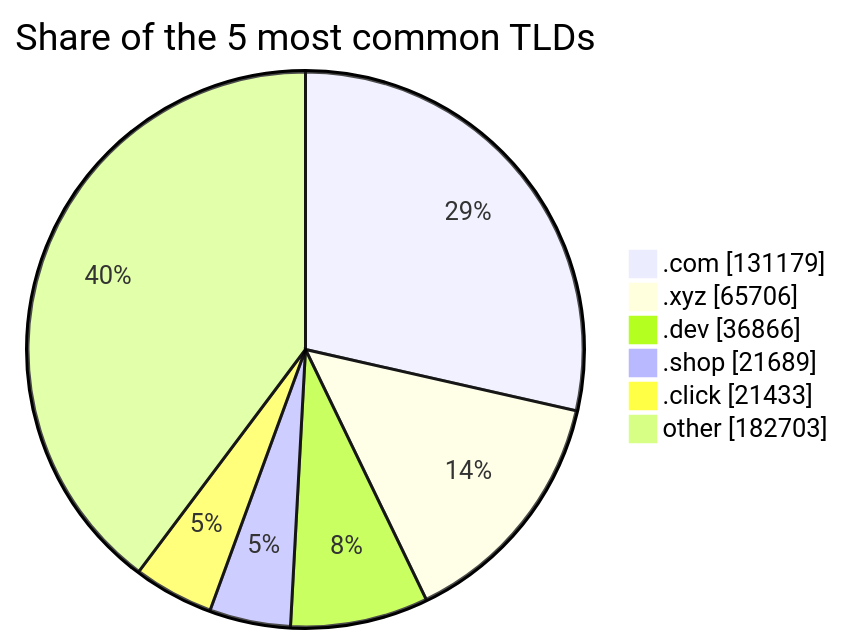
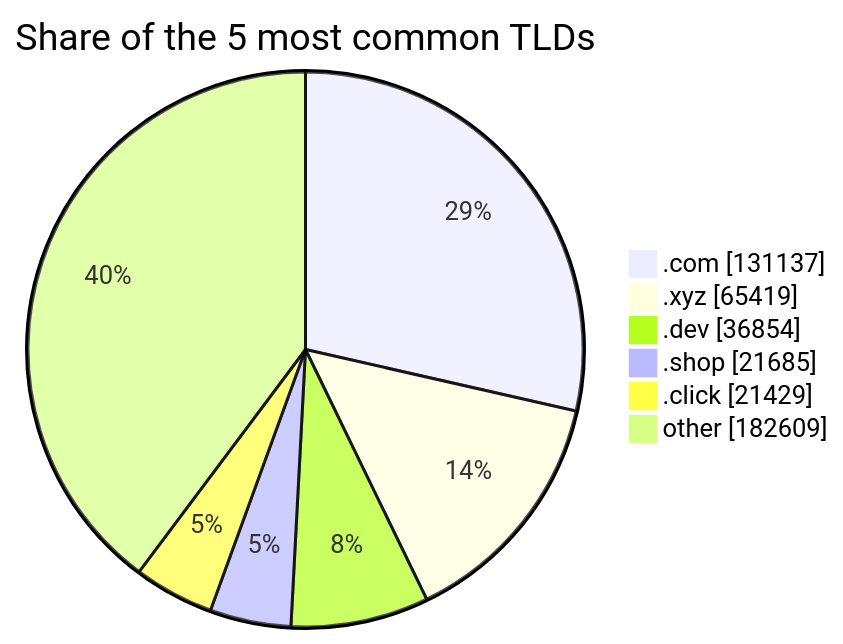
One commit to DNSBunker/CTI changed the third of 3 diagrams in README.md. Above: the diagram before and after it, drawn with Mermaid. The commit also changed other lines of this file and 3 other files, not shown here.

````diff
--- a/README.md
+++ b/README.md
@@ -81,9 +81,9 @@
 ```mermaid
 pie showData title Share of the 5 most common TLDs
-    ".com" : 131179
-    ".xyz" : 65706
-    ".dev" : 36866
-    ".shop" : 21689
-    ".click" : 21433
-    "other" : 182703
+    ".com" : 131137
+    ".xyz" : 65419
+    ".dev" : 36854
+    ".shop" : 21685
+    ".click" : 21429
+    "other" : 182609
 ```
````
